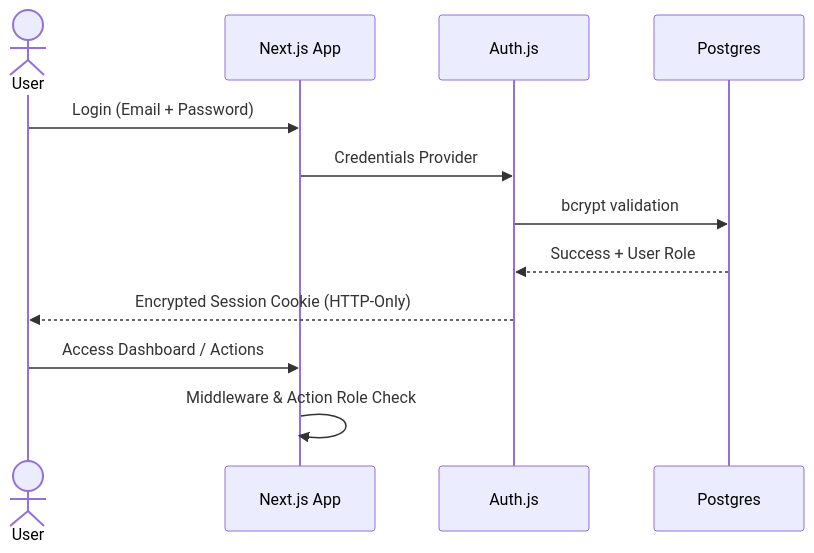
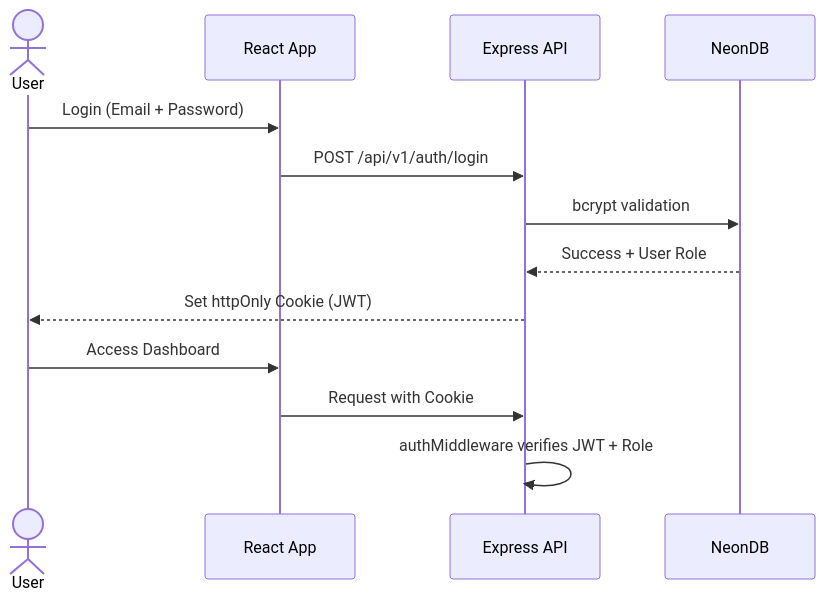
Before and after one commit to ehtisham-hashim/AquaSphere: the fourth of 5 diagrams in context/architecture.md, drawn with Mermaid. The commit also changed other lines of this file and 4 other files, not shown here.

Commit message:
update the tech stack and architecture

````diff
--- a/context/architecture.md
+++ b/context/architecture.md
@@ -80,15 +87,16 @@
 ```mermaid
 sequenceDiagram
     actor User
-    participant UI as Next.js App
-    participant Auth as Auth.js
-    participant DB as Postgres
+    participant UI as React App
+    participant API as Express API
+    participant DB as NeonDB
     
     User->>UI: Login (Email + Password)
-    UI->>Auth: Credentials Provider
-    Auth->>DB: bcrypt validation
-    DB-->>Auth: Success + User Role
-    Auth-->>User: Encrypted Session Cookie (HTTP-Only)
-    User->>UI: Access Dashboard / Actions
-    UI->>UI: Middleware & Action Role Check
+    UI->>API: POST /api/v1/auth/login
+    API->>DB: bcrypt validation
+    DB-->>API: Success + User Role
+    API-->>User: Set httpOnly Cookie (JWT)
+    User->>UI: Access Dashboard
+    UI->>API: Request with Cookie
+    API->>API: authMiddleware verifies JWT + Role
 ```
````
